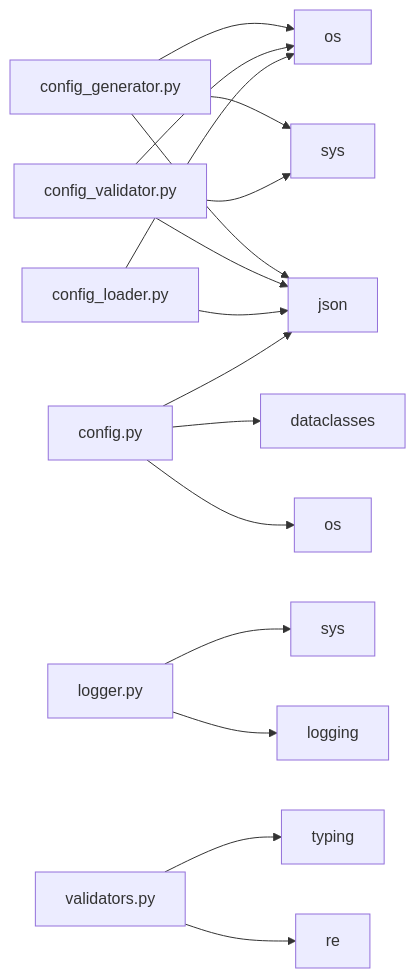
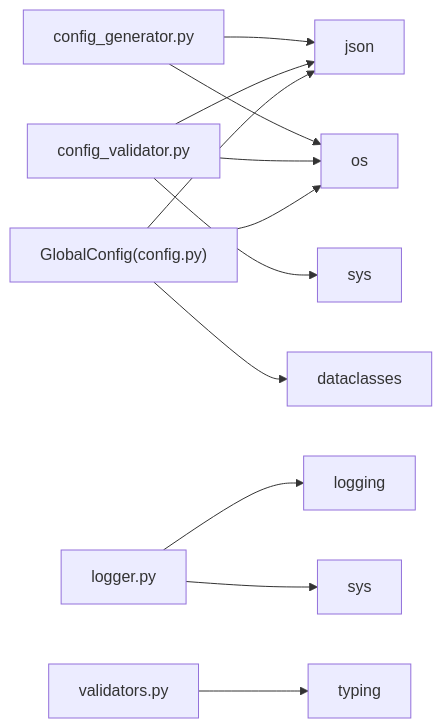
Before and after one commit to bench-prog/backtrader: the ninth of 9 diagrams in .qoder/repowiki/zh/content/实盘交易模块/Binance交易所集成/工具函数库.md, drawn with Mermaid. The commit also changed other lines of this file and 4 other files, not shown here.

````diff
--- a/.qoder/repowiki/zh/content/实盘交易模块/Binance交易所集成/工具函数库.md
+++ b/.qoder/repowiki/zh/content/实盘交易模块/Binance交易所集成/工具函数库.md
@@ -357,18 +322,14 @@
 ```mermaid
 graph LR
 CG["config_generator.py"] --> J["json"]
 CG --> O["os"]
-CG --> S["sys"]
 CV["config_validator.py"] --> J
 CV --> O
-CV --> S
-CL["config_loader.py"] --> J
-CL --> O
+CV --> S["sys"]
+GC["GlobalConfig(config.py)"] --> DC["dataclasses"]
+GC --> J
+GC --> O
 L["logger.py"] --> LG["logging"]
 L --> SY["sys"]
-C["config.py"] --> OS["os"]
-C --> J
-C --> DC["dataclasses"]
-V["validators.py"] --> RE["re"]
-V --> TY["typing"]
+V["validators.py"] --> TY["typing"]
 ```
````
